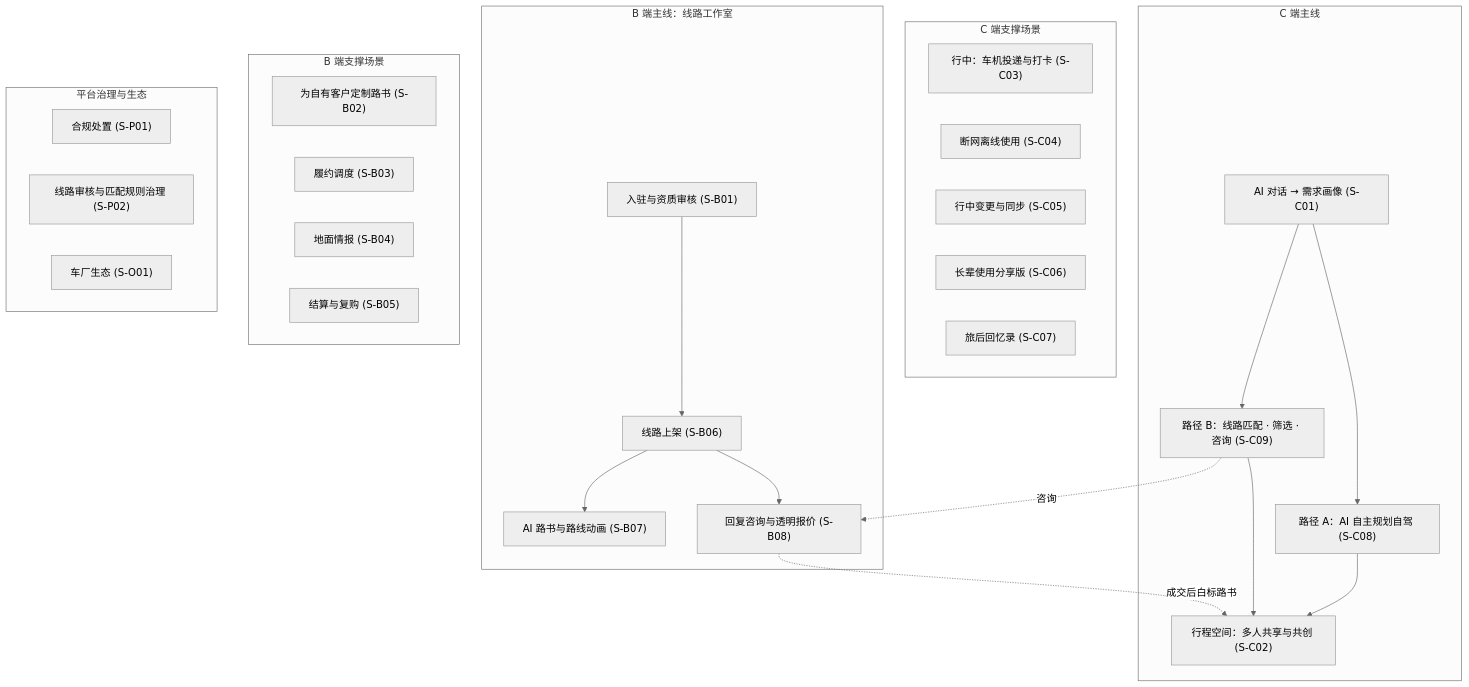
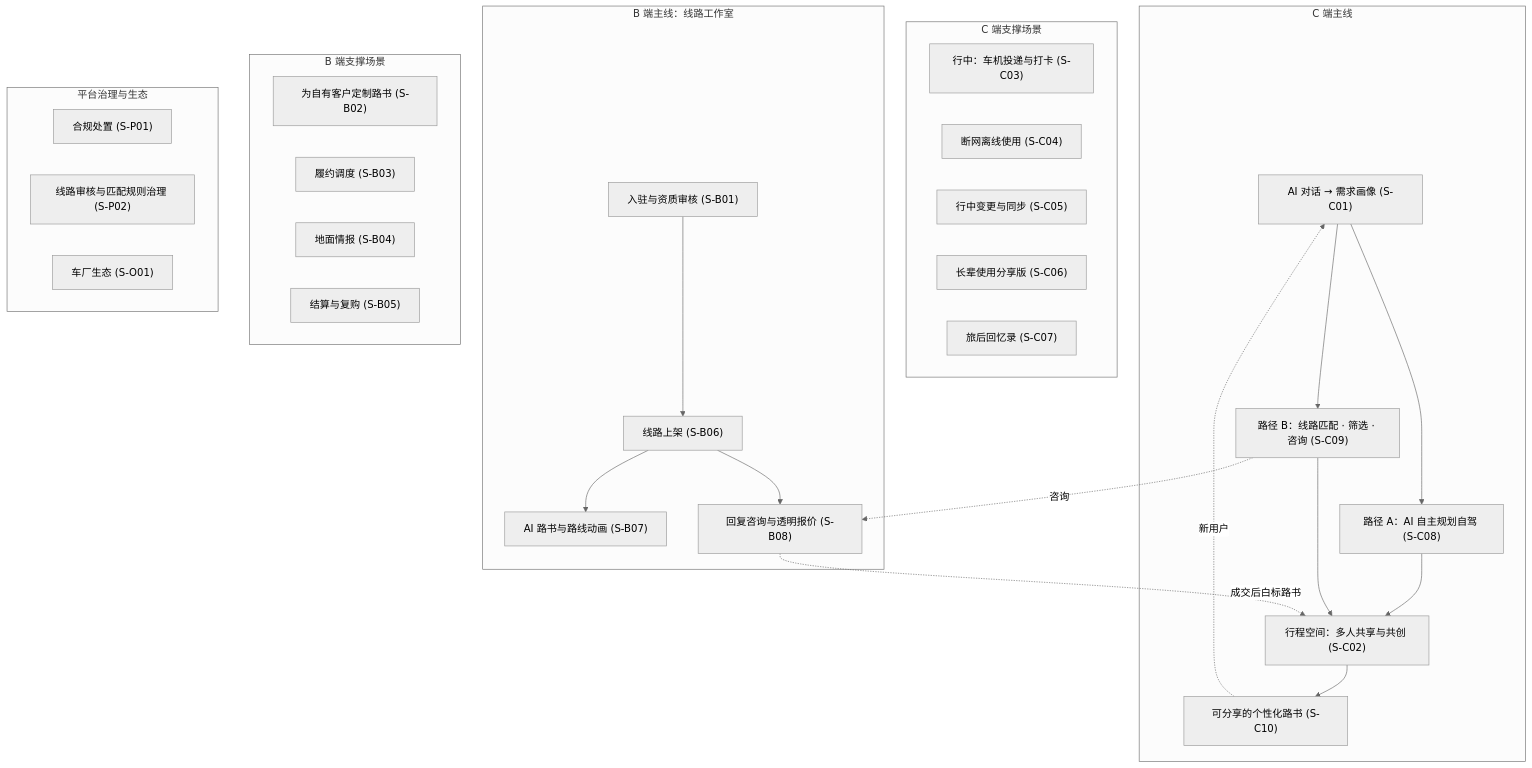
Before and after one commit to JohnMaxwell0123/TripCraft: the diagram in docs/product/PRD-03-scenarios.md, drawn with Mermaid (neutral theme). The commit also changed other lines of this file and 17 other files, not shown here.

````diff
--- a/docs/product/PRD-03-scenarios.md
+++ b/docs/product/PRD-03-scenarios.md
@@ -16,44 +16,47 @@
 ```mermaid
 flowchart TD
     subgraph C_MAIN["C 端主线"]
         C1["AI 对话 → 需求画像 (S-C01)"]
         CA["路径 A：AI 自主规划自驾 (S-C08)"]
         CB["路径 B：线路匹配 · 筛选 · 咨询 (S-C09)"]
         C2["行程空间：多人共享与共创 (S-C02)"]
         C1 --> CA --> C2
         C1 --> CB --> C2
+        C10["可分享的个性化路书 (S-C10)"]
+        C2 --> C10
+        C10 -.->|新用户| C1
     end
 
     subgraph C_SUP["C 端支撑场景"]
         C3["行中：车机投递与打卡 (S-C03)"]
         C4["断网离线使用 (S-C04)"]
         C5["行中变更与同步 (S-C05)"]
         C6["长辈使用分享版 (S-C06)"]
         C7["旅后回忆录 (S-C07)"]
     end
 
     subgraph B_MAIN["B 端主线：线路工作室"]
         B1["入驻与资质审核 (S-B01)"]
         B6["线路上架 (S-B06)"]
         B7["AI 路书与路线动画 (S-B07)"]
         B8["回复咨询与透明报价 (S-B08)"]
         B1 --> B6 --> B7
         B6 --> B8
     end
 
     subgraph B_SUP["B 端支撑场景"]
         B2["为自有客户定制路书 (S-B02)"]
         B3["履约调度 (S-B03)"]
         B4["地面情报 (S-B04)"]
         B5["结算与复购 (S-B05)"]
     end
 
     subgraph GOV["平台治理与生态"]
         P1["合规处置 (S-P01)"]
         P2["线路审核与匹配规则治理 (S-P02)"]
         O1["车厂生态 (S-O01)"]
     end
 
     CB -.->|咨询| B8
     B8 -.->|成交后白标路书| C2
 ```
````
